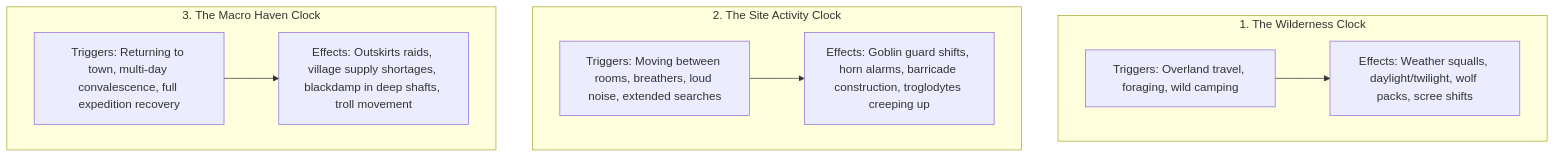
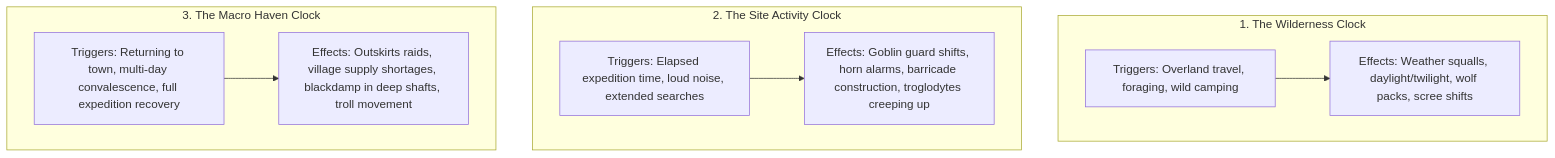
One commit to tdimiduk/cardpg changed the diagram in design/iteration/campaign-crag-gallows/living-clocks.md. Above: the diagram before and after it, drawn with Mermaid. The commit also changed other lines of this file and 14 other files, not shown here.

````diff
--- a/design/iteration/campaign-crag-gallows/living-clocks.md
+++ b/design/iteration/campaign-crag-gallows/living-clocks.md
@@ -21,21 +21,21 @@
 ```mermaid
 flowchart TD
     subgraph WILD ["1. The Wilderness Clock"]
         W_TRIG["Triggers: Overland travel, foraging, wild camping"]
         W_OUT["Effects: Weather squalls, daylight/twilight, wolf packs, scree shifts"]
     end
 
     subgraph SITE ["2. The Site Activity Clock"]
-        S_TRIG["Triggers: Moving between rooms, breathers, loud noise, extended searches"]
+        S_TRIG["Triggers: Elapsed expedition time, loud noise, extended searches"]
         S_OUT["Effects: Goblin guard shifts, horn alarms, barricade construction, troglodytes creeping up"]
     end
 
     subgraph MACRO ["3. The Macro Haven Clock"]
         M_TRIG["Triggers: Returning to town, multi-day convalescence, full expedition recovery"]
         M_OUT["Effects: Outskirts raids, village supply shortages, blackdamp in deep shafts, troll movement"]
     end
 
     W_TRIG --> W_OUT
     S_TRIG --> S_OUT
     M_TRIG --> M_OUT
 ```
````
